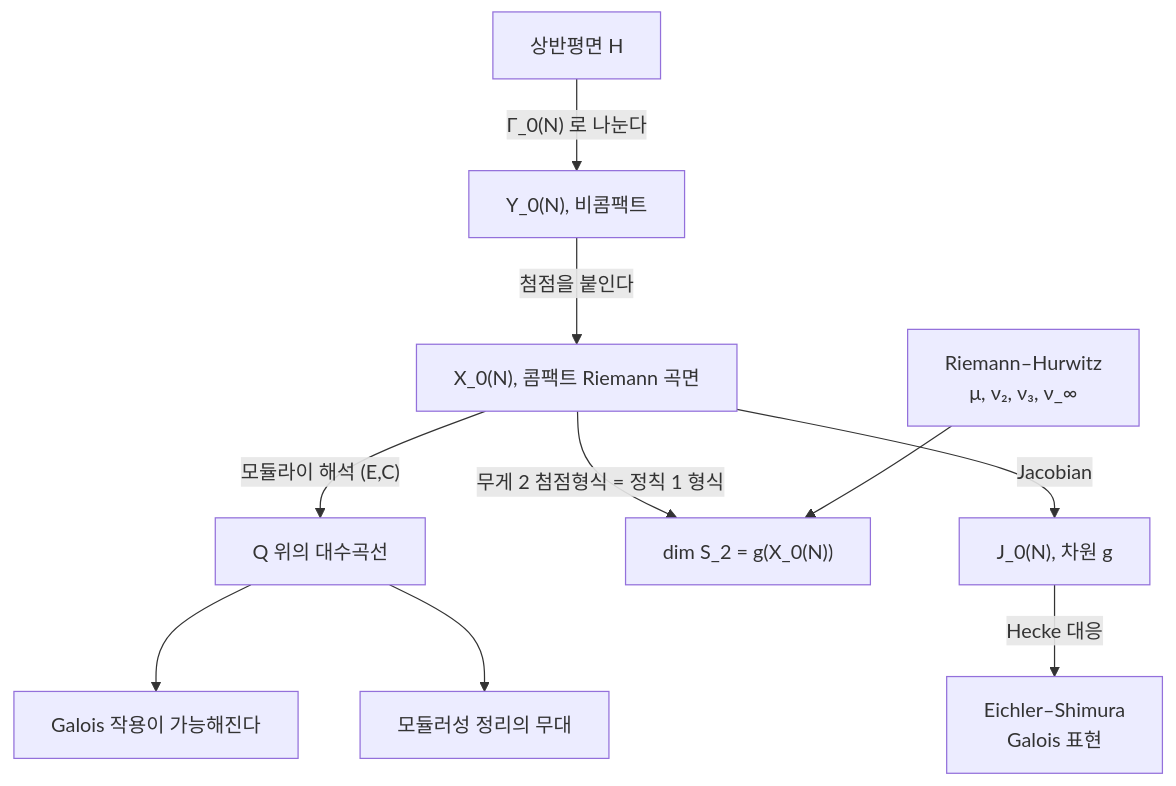
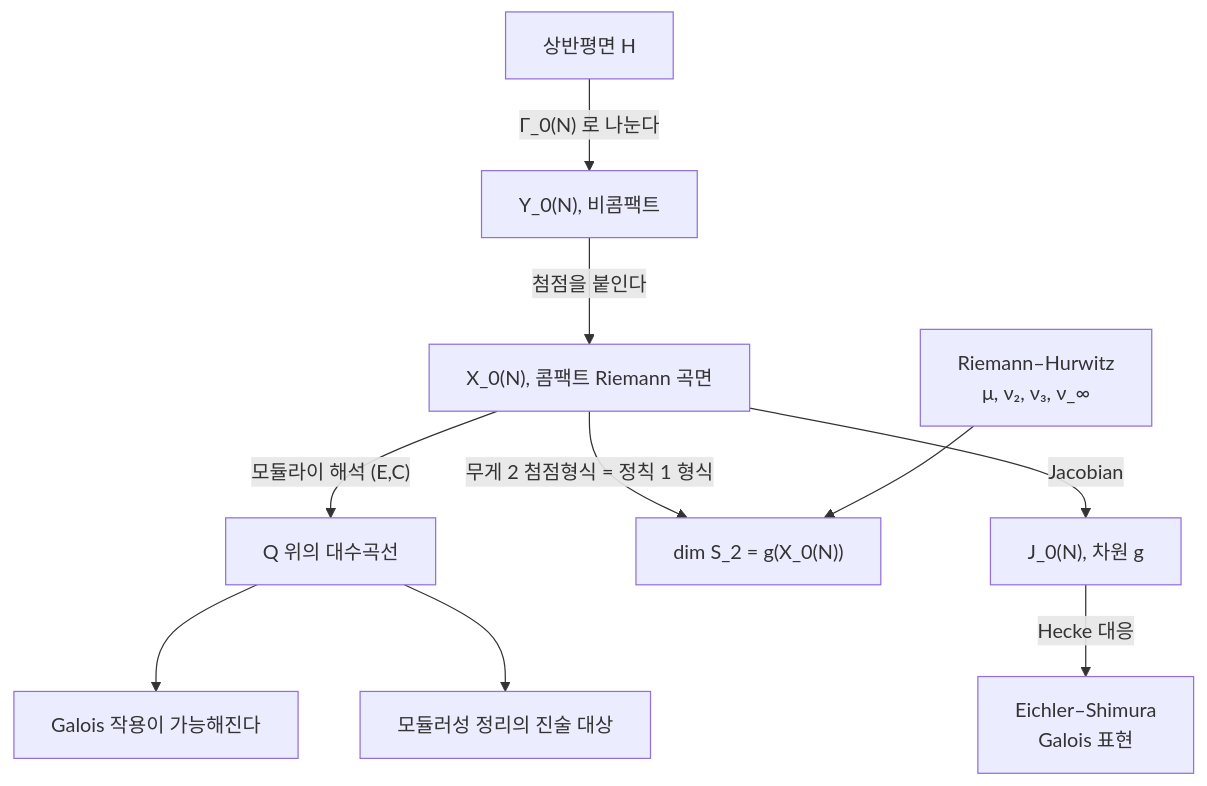
One commit to Phryxia/math-map changed the diagram in docs/modular-curves.md. Above: the diagram before and after it, drawn with Mermaid. The commit also changed 18 other files, not shown here.

````diff
--- a/docs/modular-curves.md
+++ b/docs/modular-curves.md
@@ -57,12 +57,12 @@
 ```mermaid
 graph TD
   H["상반평면 H"] -->|"Γ_0(N) 로 나눈다"| Y["Y_0(N), 비콤팩트"]
   Y -->|"첨점을 붙인다"| X["X_0(N), 콤팩트 Riemann 곡면"]
   X -->|"모듈라이 해석 (E,C)"| Q["Q 위의 대수곡선"]
   Q --> GAL["Galois 작용이 가능해진다"]
   X -->|"무게 2 첨점형식 = 정칙 1 형식"| G["dim S_2 = g(X_0(N))"]
   RH["Riemann–Hurwitz<br/>μ, ν₂, ν₃, ν_∞"] --> G
   X -->|"Jacobian"| J["J_0(N), 차원 g"]
   J -->|"Hecke 대응"| EI["Eichler–Shimura<br/>Galois 표현"]
-  Q --> MOD["모듈러성 정리의 무대"]
+  Q --> MOD["모듈러성 정리의 진술 대상"]
 ```
````
